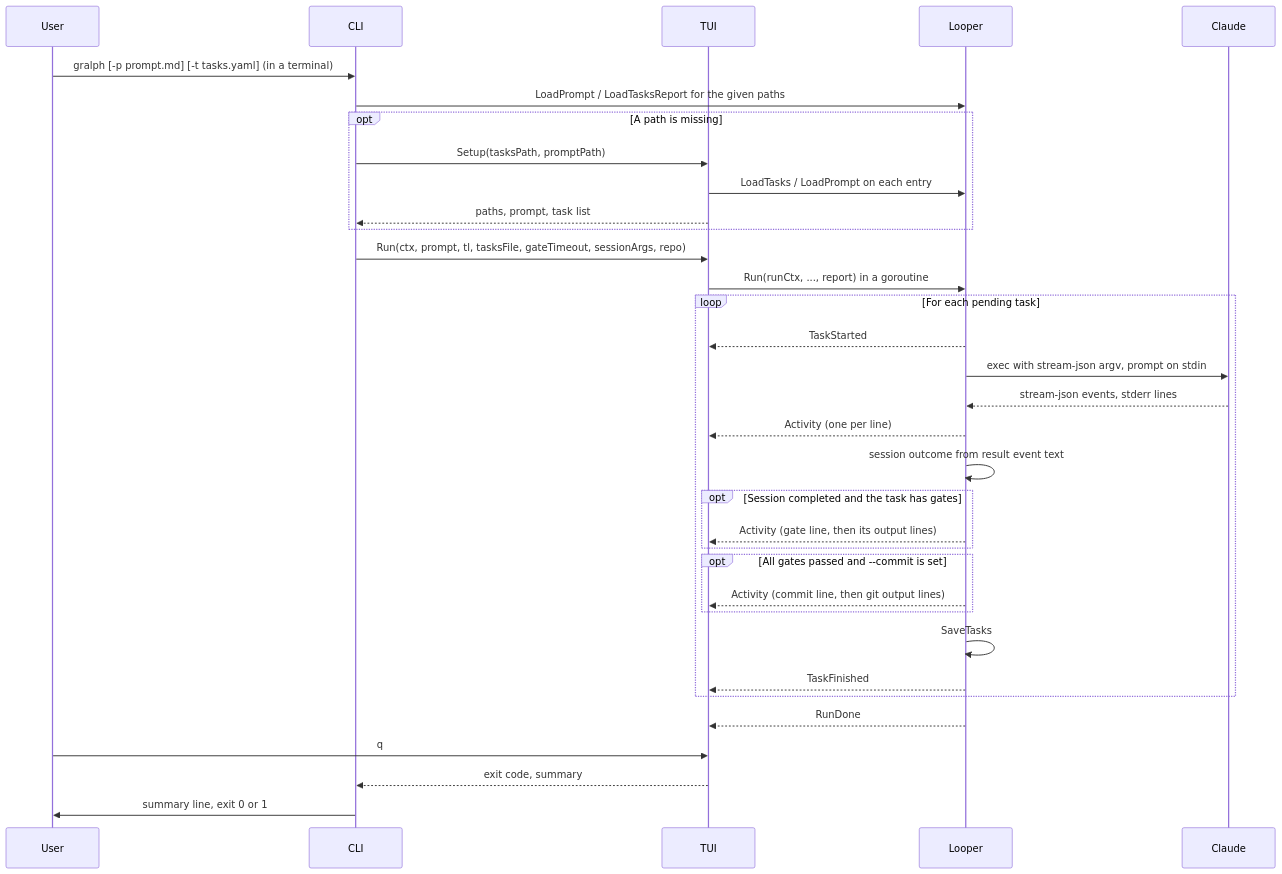
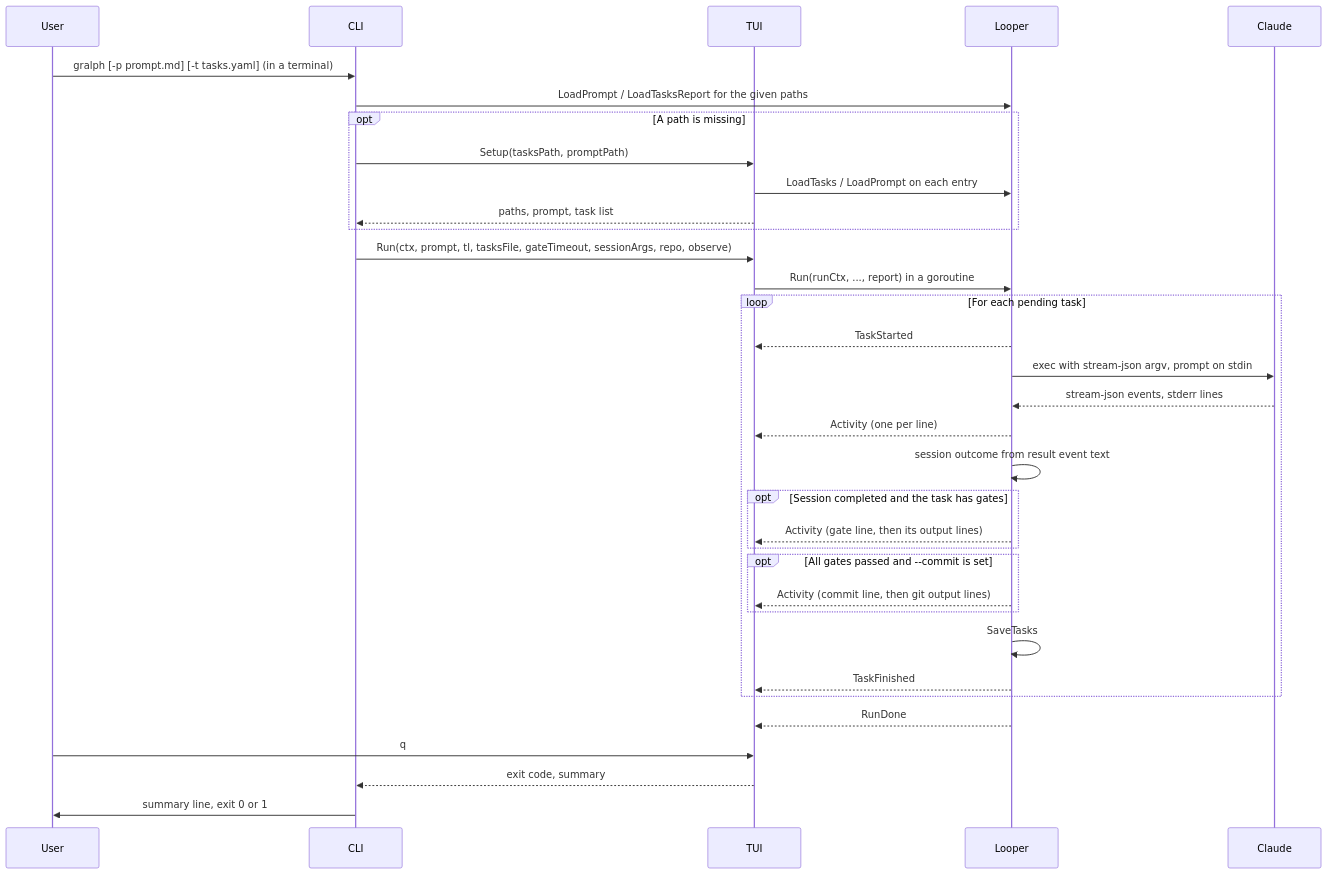
Before and after one commit to twistingmercury/gralph: the third of 6 diagrams in docs/architecture/03_system_architecture.md, drawn with Mermaid. The commit also changed other lines of this file and 27 other files, not shown here.

````diff
--- a/docs/architecture/03_system_architecture.md
+++ b/docs/architecture/03_system_architecture.md
@@ -297,37 +321,37 @@
 ```mermaid
 sequenceDiagram
     participant User
     participant CLI
     participant TUI
     participant Looper
     participant Claude
 
     User->>CLI: gralph [-p prompt.md] [-t tasks.yaml] (in a terminal)
     CLI->>Looper: LoadPrompt / LoadTasksReport for the given paths
     opt A path is missing
         CLI->>TUI: Setup(tasksPath, promptPath)
         TUI->>Looper: LoadTasks / LoadPrompt on each entry
         TUI-->>CLI: paths, prompt, task list
     end
-    CLI->>TUI: Run(ctx, prompt, tl, tasksFile, gateTimeout, sessionArgs, repo)
+    CLI->>TUI: Run(ctx, prompt, tl, tasksFile, gateTimeout, sessionArgs, repo, observe)
     TUI->>Looper: Run(runCtx, ..., report) in a goroutine
     loop For each pending task
         Looper-->>TUI: TaskStarted
         Looper->>Claude: exec with stream-json argv, prompt on stdin
         Claude-->>Looper: stream-json events, stderr lines
         Looper-->>TUI: Activity (one per line)
         Looper->>Looper: session outcome from result event text
         opt Session completed and the task has gates
             Looper-->>TUI: Activity (gate line, then its output lines)
         end
         opt All gates passed and --commit is set
             Looper-->>TUI: Activity (commit line, then git output lines)
         end
         Looper->>Looper: SaveTasks
         Looper-->>TUI: TaskFinished
     end
     Looper-->>TUI: RunDone
     User->>TUI: q
     TUI-->>CLI: exit code, summary
     CLI->>User: summary line, exit 0 or 1
 ```
````
